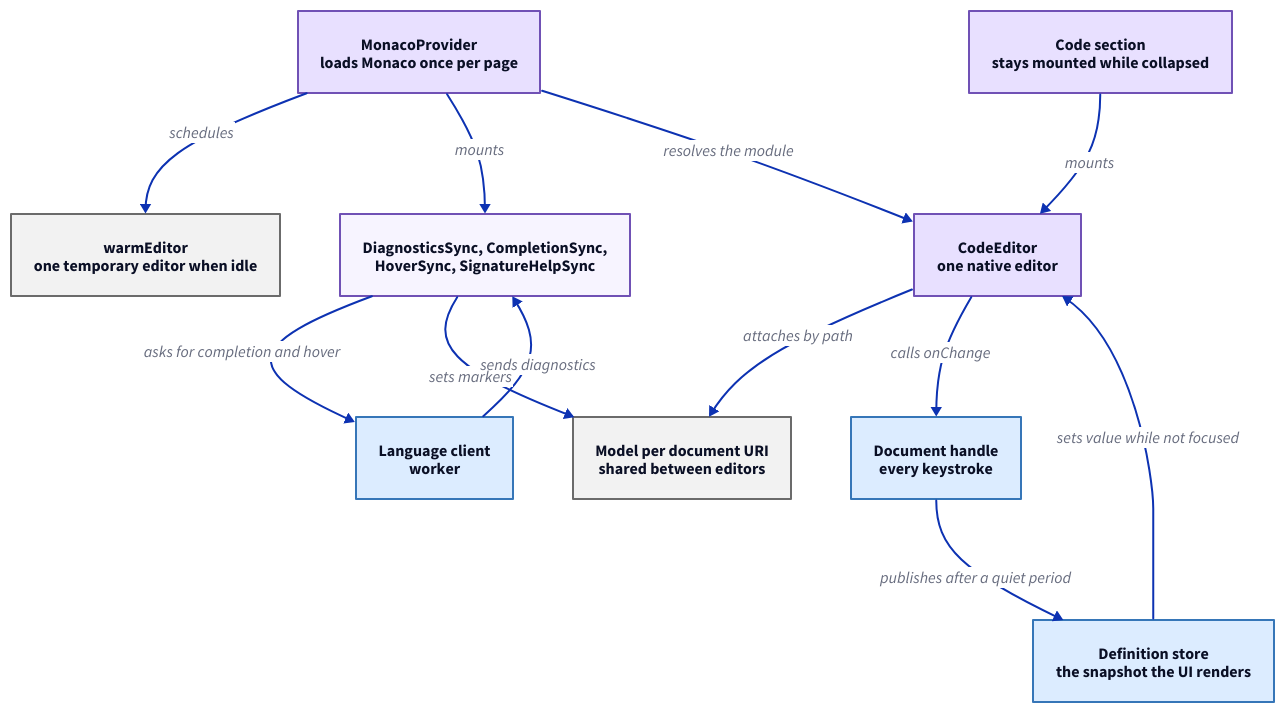
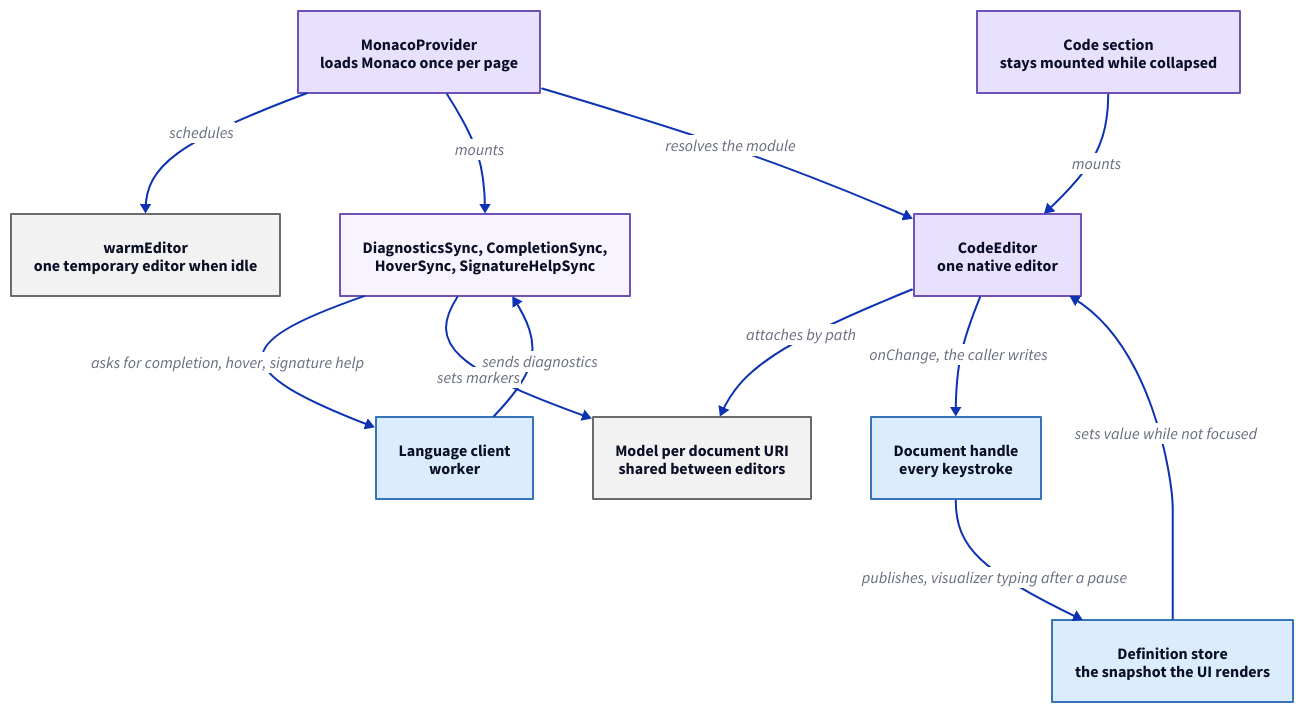
The diagram in libs/@hashintel/petrinaut/src/ui/monaco/monaco-lifecycle.d2 (hashintel/hash), drawn with D2 before and after one commit. The commit also changed 1 other file, not shown here.

```diff
--- a/libs/@hashintel/petrinaut/src/ui/monaco/monaco-lifecycle.d2
+++ b/libs/@hashintel/petrinaut/src/ui/monaco/monaco-lifecycle.d2
@@ -1,25 +1,25 @@
 # Hand-written; rendered by the arch-docs build. React components use the
 # purple palette, stores the blue one, Monaco objects the grey one.
 direction: down
 
 provider: "MonacoProvider\nloads Monaco once per page" {style.fill: "#e8e0ff"; style.stroke: "#7051b5"}
 warm: "warmEditor\none temporary editor when idle" {style.fill: "#f2f2f2"; style.stroke: "#6b6b6b"}
 sync: "DiagnosticsSync, CompletionSync,\nHoverSync, SignatureHelpSync" {style.fill: "#f7f4ff"; style.stroke: "#7051b5"}
 section: "Code section\nstays mounted while collapsed" {style.fill: "#e8e0ff"; style.stroke: "#7051b5"}
 editor: "CodeEditor\none native editor" {style.fill: "#e8e0ff"; style.stroke: "#7051b5"}
 model: "Model per document URI\nshared between editors" {style.fill: "#f2f2f2"; style.stroke: "#6b6b6b"}
 document: "Document handle\nevery keystroke" {style.fill: "#dcecff"; style.stroke: "#3676b8"}
 snapshot: "Definition store\nthe snapshot the UI renders" {style.fill: "#dcecff"; style.stroke: "#3676b8"}
 client: "Language client\nworker" {style.fill: "#dcecff"; style.stroke: "#3676b8"}
 
 provider -> warm: "schedules"
 provider -> sync: "mounts"
 provider -> editor: "resolves the module"
 section -> editor: "mounts"
 editor -> model: "attaches by path"
-editor -> document: "calls onChange"
-document -> snapshot: "publishes after a quiet period"
+editor -> document: "onChange, the caller writes"
+document -> snapshot: "publishes, visualizer typing after a pause"
 snapshot -> editor: "sets value while not focused"
-sync -> client: "asks for completion and hover"
+sync -> client: "asks for completion, hover, signature help"
 client -> sync: "sends diagnostics"
 sync -> model: "sets markers"
```
